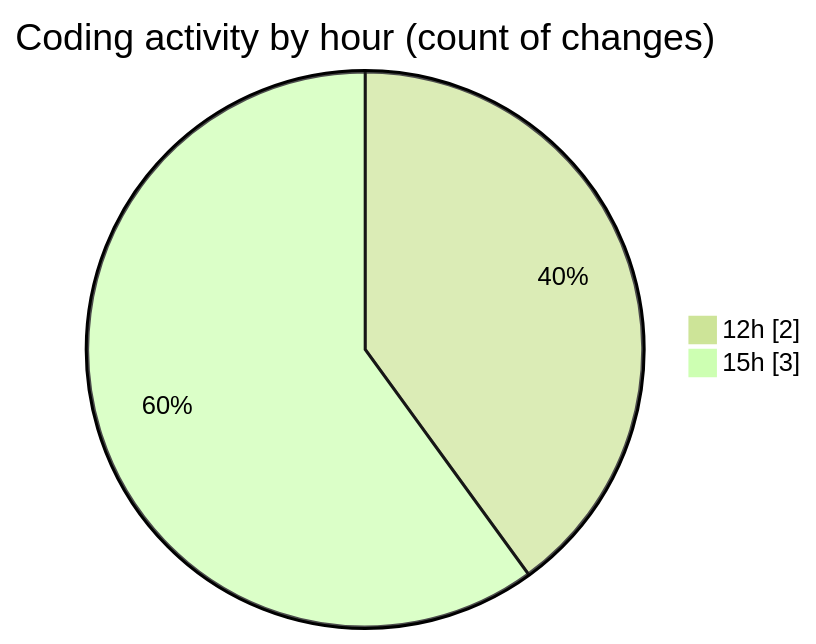
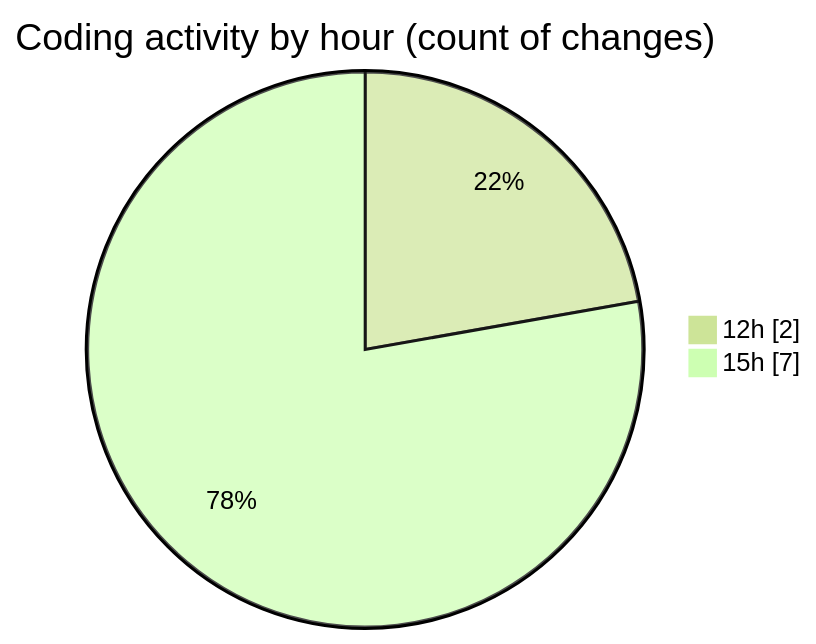
Before and after one commit to debugP/code-tracking: the second of 2 diagrams in 2025-10-28/untitled__workspace_/README.md, drawn with Mermaid (forest theme). The commit also changed other lines of this file and 1 other file, not shown here.

````diff
--- a/2025-10-28/untitled__workspace_/README.md
+++ b/2025-10-28/untitled__workspace_/README.md
@@ -32,6 +32,6 @@
 ```mermaid
 pie showData
 title Coding activity by hour (count of changes)
 "12h" : 2
-"15h" : 3
+"15h" : 7
 ```
````
